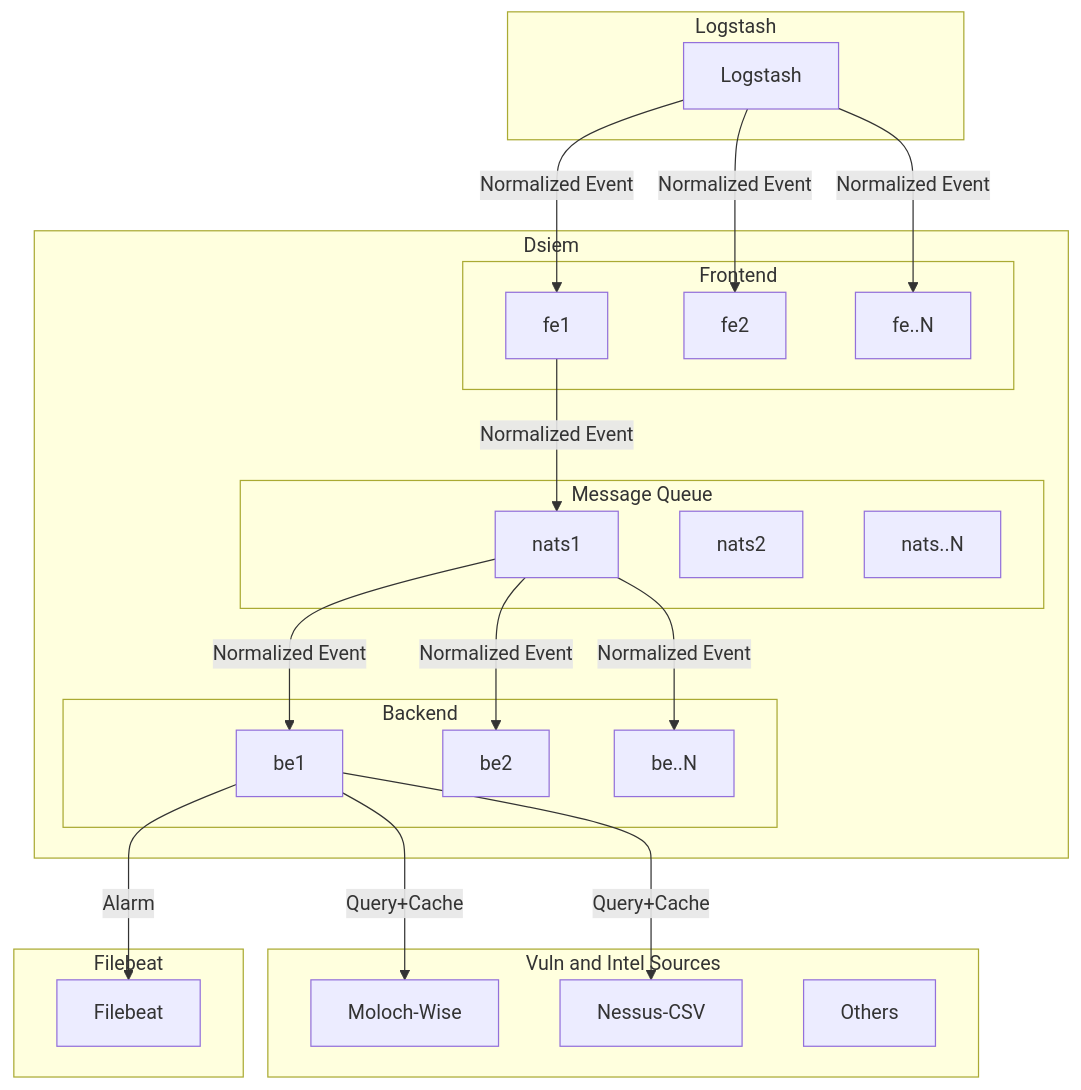
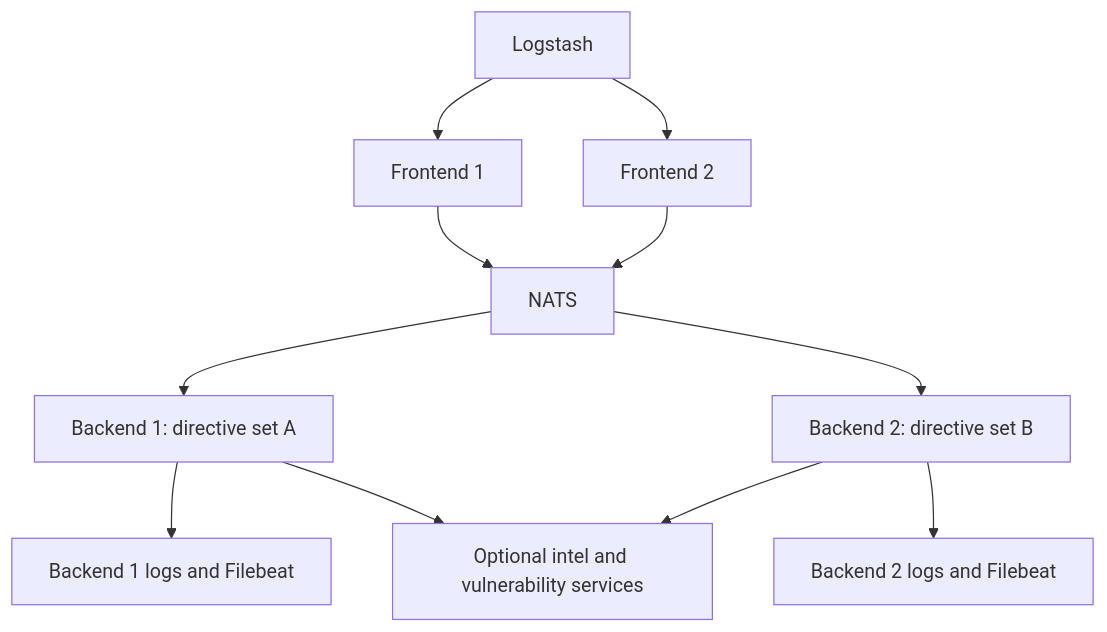
One commit to defenxor/dsiem-rs changed the diagram in docs/adv_deployment.md. Above: the diagram before and after it, drawn with Mermaid. The commit also changed other lines of this file, not shown here.

Commit message:
docs: clarify backend assignment and recovery

````diff
--- a/docs/adv_deployment.md
+++ b/docs/adv_deployment.md
@@ -5,51 +5,13 @@
 ```mermaid
 flowchart TB
-
-l1 --> |Normalized Event| f1
-l1 --> |Normalized Event| f2
-l1 --> |Normalized Event| f3
-
-f1 --> |Normalized Event| m1
-
-m1 --> |Normalized Event| b1
-m1 --> |Normalized Event| b2
-m1 --> |Normalized Event| b3
-
-b1 --> |Query+Cache| v1
-b1 --> |Query+Cache| v2
-
-b1 --> |Alarm|fb
-
-subgraph Logstash
-  l1[Logstash] 
-end
-
-subgraph Dsiem
-  subgraph Frontend
-    f1[fe1]
-    f2[fe2]
-    f3[fe..N]
-  end
-  subgraph Message Queue
-    m1[nats1]
-    m2[nats2]
-    m3[nats..N]
-  end
-  subgraph Backend
-    b1[be1]
-    b2[be2]
-    b3[be..N]
-  end
-end
-
-subgraph Vuln and Intel Sources
-  v1[Moloch-Wise]
-  v2[Nessus-CSV]
-  v3[Others]
-end
-
-subgraph Filebeat
-  fb[Filebeat]
-end
-
+    L[Logstash] --> F1[Frontend 1]
+    L --> F2[Frontend 2]
+    F1 --> N[NATS]
+    F2 --> N
+    N --> B1[Backend 1: directive set A]
+    N --> B2[Backend 2: directive set B]
+    B1 --> O1[Backend 1 logs and Filebeat]
+    B2 --> O2[Backend 2 logs and Filebeat]
+    B1 --> I[Optional intel and vulnerability services]
+    B2 --> I
 ```
````
